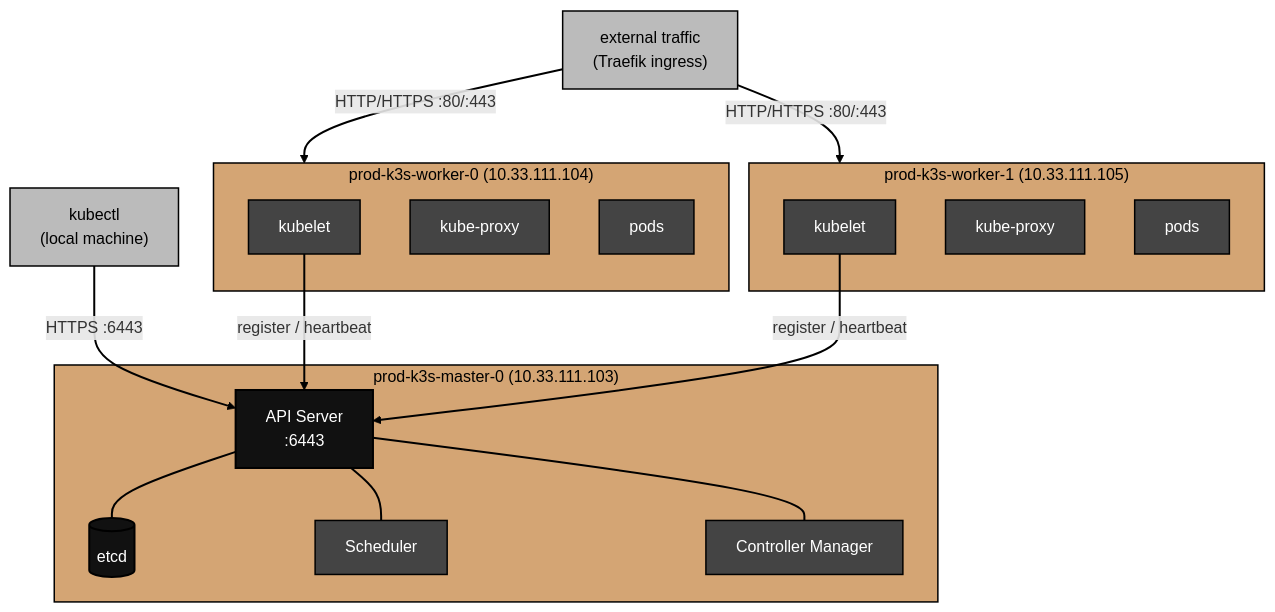
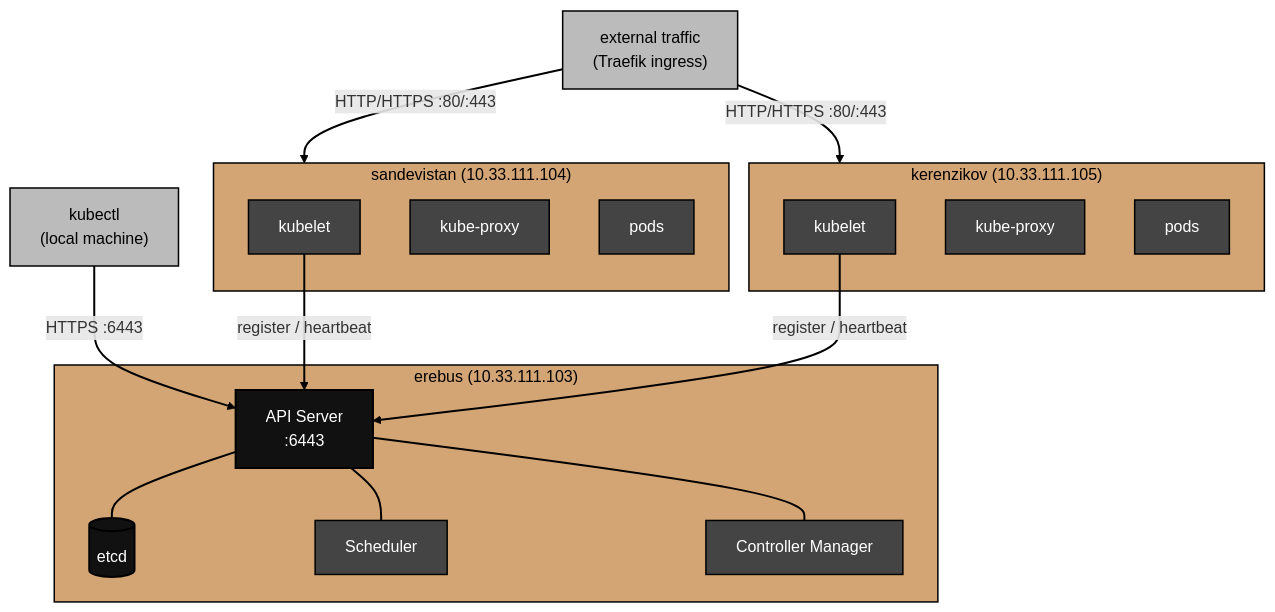
The diagram in k3s/docs/architecture.md (arpatek/home.arpa), drawn with Mermaid before and after one commit. The commit also changed other lines of this file and 53 other files, not shown here.

````diff
--- a/k3s/docs/architecture.md
+++ b/k3s/docs/architecture.md
@@ -70,43 +70,43 @@
 ```mermaid
 flowchart TB
-    subgraph MASTER["prod-k3s-master-0 (10.33.111.103)"]
+    subgraph MASTER["erebus (10.33.111.103)"]
         API["API Server\n:6443"]
         ETCD[("etcd")]
         SCHED["Scheduler"]
         CM["Controller Manager"]
         API --- ETCD
         API --- SCHED
         API --- CM
     end
 
-    subgraph W0["prod-k3s-worker-0 (10.33.111.104)"]
+    subgraph W0["sandevistan (10.33.111.104)"]
         KL0["kubelet"]
         KP0["kube-proxy"]
         POD0["pods"]
     end
 
-    subgraph W1["prod-k3s-worker-1 (10.33.111.105)"]
+    subgraph W1["kerenzikov (10.33.111.105)"]
         KL1["kubelet"]
         KP1["kube-proxy"]
         POD1["pods"]
     end
 
     KUBECTL["kubectl\n(local machine)"]
     INTERNET["external traffic\n(Traefik ingress)"]
 
     KUBECTL -->|"HTTPS :6443"| API
     KL0 & KL1 -->|"register / heartbeat"| API
     INTERNET -->|"HTTP/HTTPS :80/:443"| W0 & W1
 
     linkStyle default stroke:#000000,stroke-width:2px;
 
     classDef core      fill:#111111,stroke:#000000,color:#ffffff,stroke-width:2px;
     classDef worker    fill:#444444,stroke:#000000,color:#ffffff,stroke-width:1.5px;
     classDef external  fill:#bbbbbb,stroke:#000000,color:#000000,stroke-width:1.5px;
     classDef hostlabel fill:#d4a574,stroke:#000000,color:#000000,stroke-width:1.5px;
 
     class API,ETCD core;
     class SCHED,CM,KL0,KL1,KP0,KP1,POD0,POD1 worker;
     class KUBECTL,INTERNET external;
     class MASTER,W0,W1 hostlabel;
 ```
````
